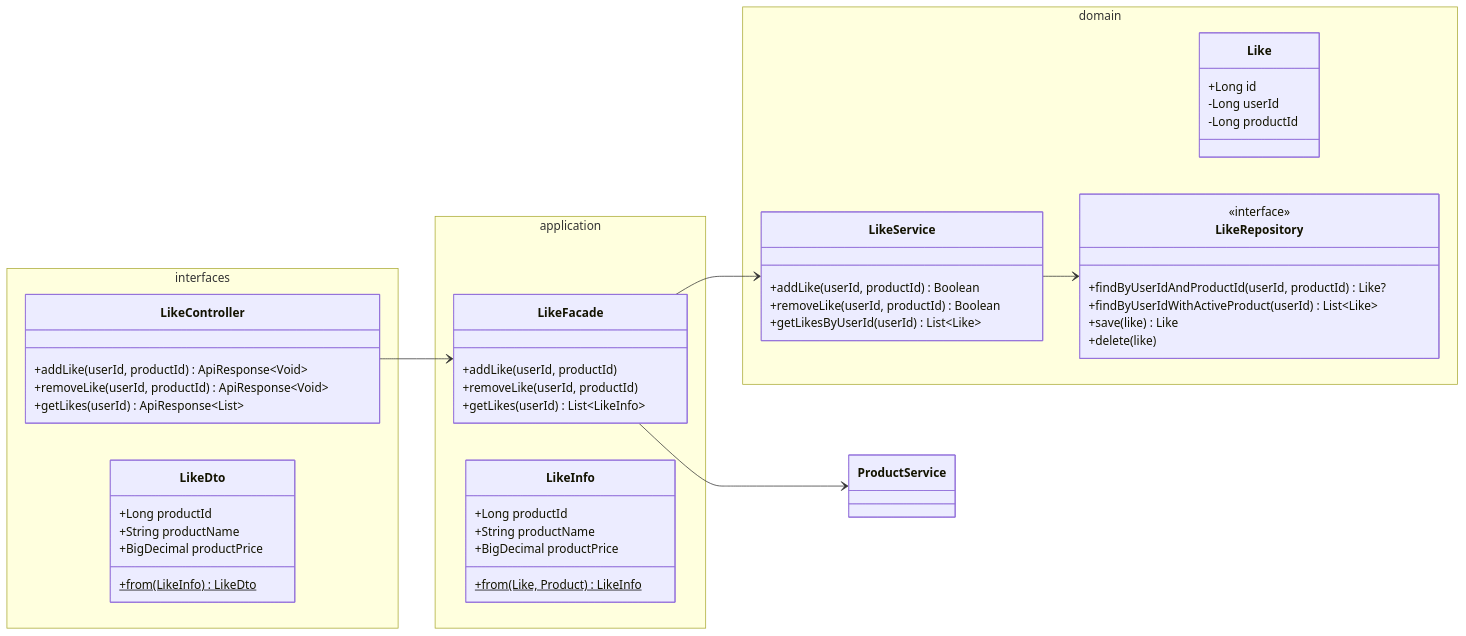
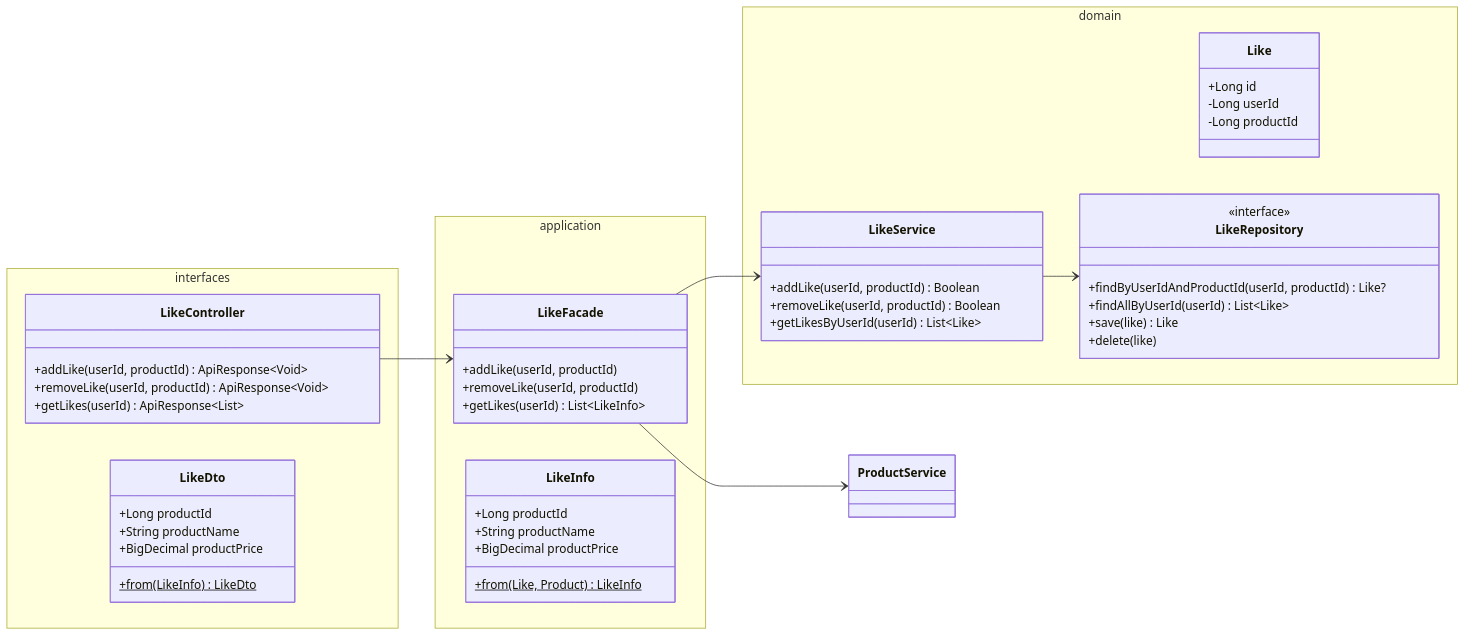
The fourth of 7 diagrams in docs/design/03-class-diagram.md (Loopers-dev-lab/loop-pack-be-l2-vol3-kotlin), drawn with Mermaid before and after one commit. The commit also changed other lines of this file and 4 other files, not shown here.

````diff
--- a/docs/design/03-class-diagram.md
+++ b/docs/design/03-class-diagram.md
@@ -360,57 +388,57 @@
 ```mermaid
 classDiagram
     direction LR
 
     namespace interfaces {
         class LikeController {
             +addLike(userId, productId) ApiResponse~Void~
             +removeLike(userId, productId) ApiResponse~Void~
             +getLikes(userId) ApiResponse~List~
         }
         class LikeDto {
             +Long productId
             +String productName
             +BigDecimal productPrice
             +from(LikeInfo)$ LikeDto
         }
     }
 
     namespace application {
         class LikeFacade {
             +addLike(userId, productId)
             +removeLike(userId, productId)
             +getLikes(userId) List~LikeInfo~
         }
         class LikeInfo {
             +Long productId
             +String productName
             +BigDecimal productPrice
             +from(Like, Product)$ LikeInfo
         }
     }
 
     namespace domain {
         class Like {
             +Long id
             -Long userId
             -Long productId
         }
         class LikeService {
             +addLike(userId, productId) Boolean
             +removeLike(userId, productId) Boolean
             +getLikesByUserId(userId) List~Like~
         }
         class LikeRepository {
             <<interface>>
             +findByUserIdAndProductId(userId, productId) Like?
-            +findByUserIdWithActiveProduct(userId) List~Like~
+            +findAllByUserId(userId) List~Like~
             +save(like) Like
             +delete(like)
         }
     }
 
     LikeController --> LikeFacade
     LikeFacade --> LikeService
     LikeFacade --> ProductService
     LikeService --> LikeRepository
 ```
````
